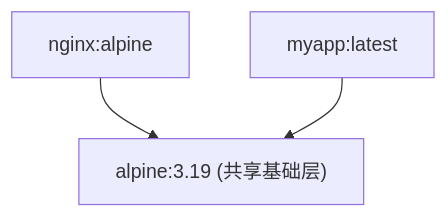
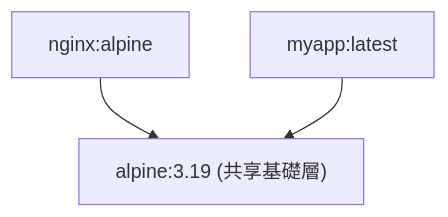
The second of 4 diagrams in 12_implementation/12.4_ufs.md (doggy8088/docker_practice), drawn with Mermaid before and after one commit. The commit also changed other lines of this file and 211 other files, not shown here.

````diff
--- a/12_implementation/12.4_ufs.md
+++ b/12_implementation/12.4_ufs.md
@@ -32,5 +32,5 @@
 ```mermaid
 flowchart TD
-    Nginx["nginx:alpine"] --> Alpine["alpine:3.19 (共享基础层)"]
+    Nginx["nginx:alpine"] --> Alpine["alpine:3.19 (共享基礎層)"]
     MyApp["myapp:latest"] --> Alpine
 ```
````
